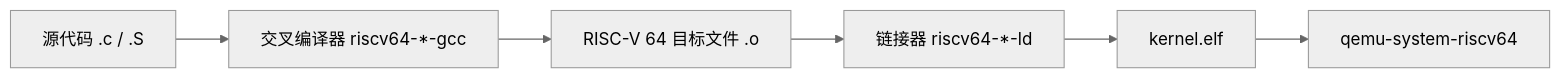
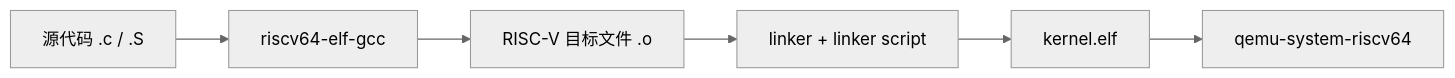
One commit to AuroBreeze/FrostVistaWiki changed the first of 2 diagrams in docs/tools/cross-compiler.md. Above: the diagram before and after it, drawn with Mermaid (neutral theme). The commit also changed other lines of this file and 3 other files, not shown here.

First line of the commit message:
docs(chapters): complete 00-overview with startup flow and linker script details

````diff
--- a/docs/tools/cross-compiler.md
+++ b/docs/tools/cross-compiler.md
@@ -18,8 +18,8 @@
 ```mermaid
-graph LR
-    A[源代码 .c / .S] --> B[交叉编译器 riscv64-*-gcc]
-    B --> C[RISC-V 64 目标文件 .o]
-    C --> D[链接器 riscv64-*-ld]
-    D --> E[kernel.elf]
-    E --> F[qemu-system-riscv64]
+flowchart LR
+    A["源代码 .c / .S"] --> B["riscv64-elf-gcc"]
+    B --> C["RISC-V 目标文件 .o"]
+    C --> D["linker + linker script"]
+    D --> E["kernel.elf"]
+    E --> F["qemu-system-riscv64"]
 ```
````
